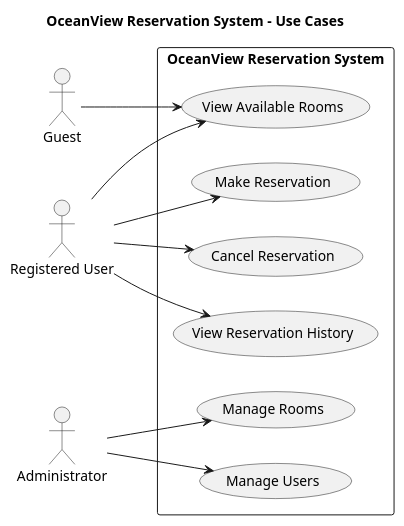
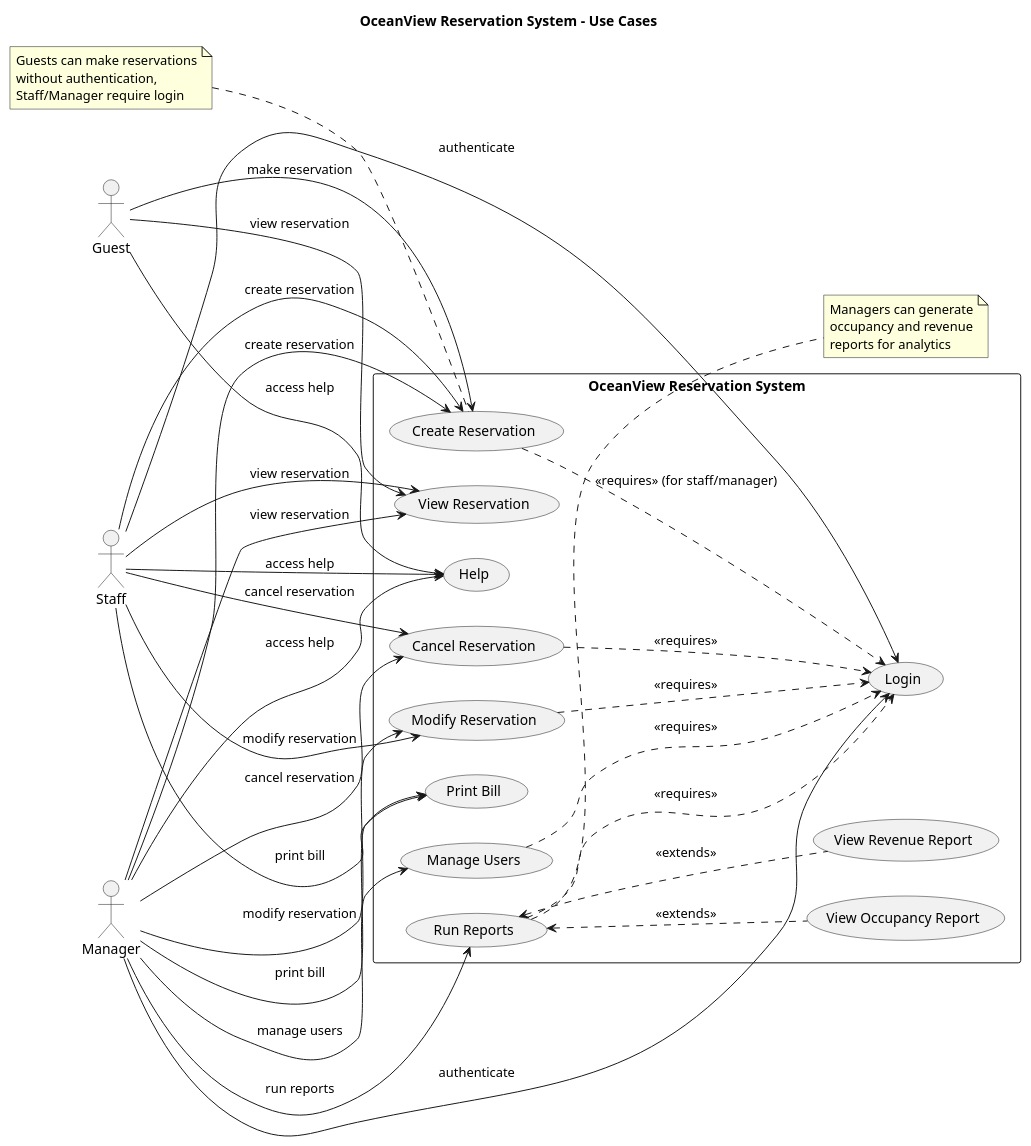
Before and after one commit to C-KAVISHKA/oceanview-reservation-system: the diagram in docs/uml/usecases.puml, drawn with PlantUML. The commit also changed 12 other files, not shown here.

Commit message:
docs: add UML diagrams and images

```diff
--- a/docs/uml/usecases.puml
+++ b/docs/uml/usecases.puml
@@ -1,28 +1,73 @@
 @startuml usecases
 title OceanView Reservation System - Use Cases
 
 left to right direction
 skinparam packageStyle rectangle
 
 actor Guest as guest
-actor "Registered User" as user
-actor Administrator as admin
+actor Staff as staff
+actor Manager as manager
 
 rectangle "OceanView Reservation System" {
-  usecase (View Available Rooms) as UC1
-  usecase (Make Reservation) as UC2
-  usecase (Cancel Reservation) as UC3
-  usecase (View Reservation History) as UC4
-  usecase (Manage Rooms) as UC5
-  usecase (Manage Users) as UC6
+  usecase (Login) as UC1
+  usecase (Create Reservation) as UC2
+  usecase (View Reservation) as UC3
+  usecase (Modify Reservation) as UC4
+  usecase (Cancel Reservation) as UC5
+  usecase (Print Bill) as UC6
+  usecase (Run Reports) as UC7
+  usecase (View Occupancy Report) as UC7a
+  usecase (View Revenue Report) as UC7b
+  usecase (Help) as UC8
+  usecase (Manage Users) as UC9
 }
 
-guest --> UC1
-user --> UC1
-user --> UC2
-user --> UC3
-user --> UC4
-admin --> UC5
-admin --> UC6
+' Guest relationships
+guest --> UC2 : make reservation
+guest --> UC3 : view reservation
+guest --> UC8 : access help
+
+' Staff relationships
+staff --> UC1 : authenticate
+staff --> UC2 : create reservation
+staff --> UC3 : view reservation
+staff --> UC4 : modify reservation
+staff --> UC5 : cancel reservation
+staff --> UC6 : print bill
+staff --> UC8 : access help
+
+' Manager relationships
+manager --> UC1 : authenticate
+manager --> UC2 : create reservation
+manager --> UC3 : view reservation
+manager --> UC4 : modify reservation
+manager --> UC5 : cancel reservation
+manager --> UC6 : print bill
+manager --> UC7 : run reports
+manager --> UC9 : manage users
+manager --> UC8 : access help
+
+' Report extensions
+UC7 <.. UC7a : <<extends>>
+UC7 <.. UC7b : <<extends>>
+
+' Authentication dependencies
+UC2 ..> UC1 : <<requires>> (for staff/manager)
+UC4 ..> UC1 : <<requires>>
+UC5 ..> UC1 : <<requires>>
+UC7 ..> UC1 : <<requires>>
+UC9 ..> UC1 : <<requires>>
+
+note right of UC7
+  Managers can generate
+  occupancy and revenue
+  reports for analytics
+end note
+
+note left of UC2
+  Guests can make reservations
+  without authentication,
+  Staff/Manager require login
+end note
 
 @enduml
```
